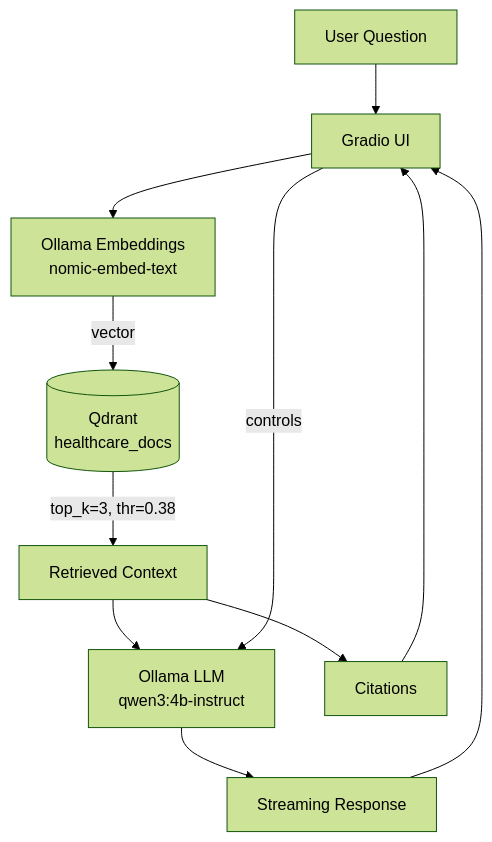
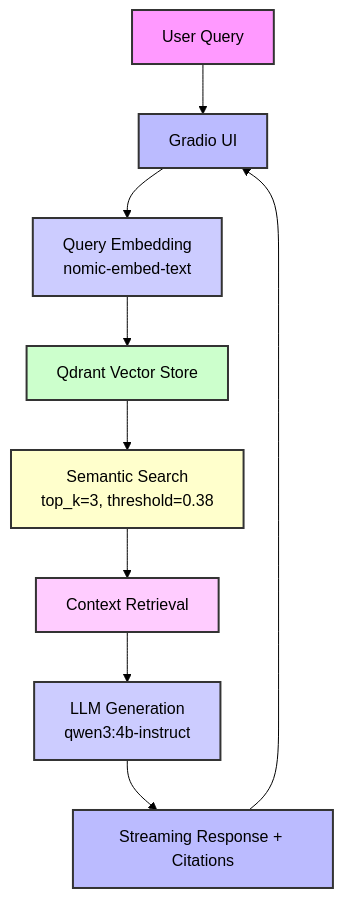
The diagram in mvp_rag/README.md (hamza-roujdami/mvp-to-ai-agent), drawn with Mermaid (forest theme) before and after one commit. The commit also changed other lines of this file and 6 other files, not shown here.

````diff
--- a/mvp_rag/README.md
+++ b/mvp_rag/README.md
@@ -48,13 +14,20 @@
 ```mermaid
 flowchart TD
-    U[User Question] --> UI[Gradio UI]
-    UI --> EMB[Ollama Embeddings<br/>nomic-embed-text]
-    EMB -->|vector| VS[(Qdrant<br/>healthcare_docs)]
-    VS -->|top_k=3, thr=0.38| CTX[Retrieved Context]
-    CTX --> LLM[Ollama LLM<br/>qwen3:4b-instruct]
-    UI -->|controls| LLM
-    LLM --> RESP[Streaming Response]
-    CTX --> CITES[Citations]
-    RESP --> UI
-    CITES --> UI
+    A[User Query] --> B[Gradio UI]
+    B --> C[Query Embedding<br/>nomic-embed-text]
+    C --> D[Qdrant Vector Store]
+    D --> E[Semantic Search<br/>top_k=3, threshold=0.38]
+    E --> F[Context Retrieval]
+    F --> G[LLM Generation<br/>qwen3:4b-instruct]
+    G --> H[Streaming Response + Citations]
+    H --> B
+    
+    style A fill:#f9f,stroke:#333,stroke-width:2px
+    style B fill:#bbf,stroke:#333,stroke-width:2px
+    style C fill:#ccf,stroke:#333,stroke-width:2px
+    style D fill:#cfc,stroke:#333,stroke-width:2px
+    style E fill:#ffc,stroke:#333,stroke-width:2px
+    style F fill:#fcf,stroke:#333,stroke-width:2px
+    style G fill:#ccf,stroke:#333,stroke-width:2px
+    style H fill:#bbf,stroke:#333,stroke-width:2px
 ```
````
